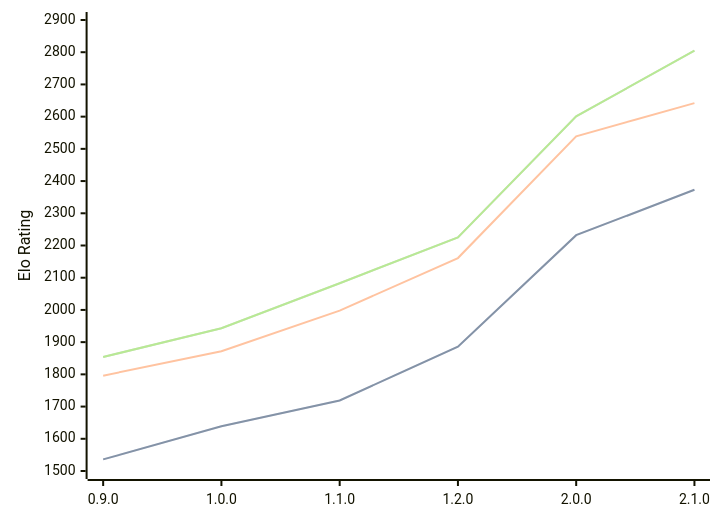
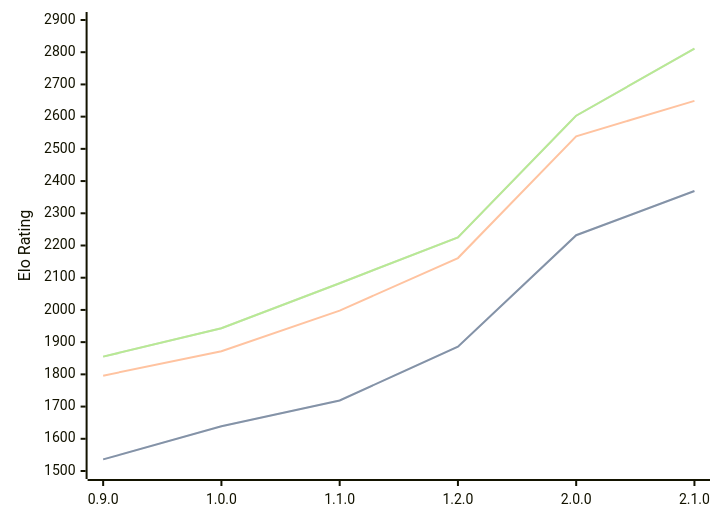
One commit to computer-chess-index/cci changed the diagram in engines/Ratsu.md. Above: the diagram before and after it, drawn with Mermaid. The commit also changed other lines of this file, not shown here.

Commit message:
Update CCI Ratings (ELO VLTC) - 2026-07-26

````diff
--- a/engines/Ratsu.md
+++ b/engines/Ratsu.md
@@ -36,11 +36,11 @@
 ```mermaid
 %%{init: {"theme":"base","themeVariables":{"seriesColors:['#a3a3a3','#222221','#faa371']}}}%%
 xychart-beta
   x-axis ["0.9.0", "1.0.0", "1.1.0", "1.2.0", "2.0.0", "2.1.0"]
   y-axis "Elo Rating" 1500 --> 2900
-  line "STC (8.0+0.08s)" [1536, 1639, 1719, 1886, 2232, 2373]
-  line "STC (8.0+0.08s)" [1536, 1639, 1719, 1886, 2232, 2373]
-  line "LTC (60.0+0.60s)" [1796, 1872, 1998, 2161, 2539, 2642]
-  line "VLTC (2m24s+1.12s)" [1854, 1943, 2083, 2225, 2601, 2805]
-  line "VLTC (2m24s+1.12s)" [1854, 1943, 2083, 2225, 2601, 2805]
+  line "STC (8.0+0.08s)" [1536, 1639, 1719, 1886, 2232, 2369]
+  line "STC (8.0+0.08s)" [1536, 1639, 1719, 1886, 2232, 2369]
+  line "LTC (60.0+0.60s)" [1796, 1872, 1998, 2161, 2539, 2649]
+  line "VLTC (2m24s+1.12s)" [1855, 1943, 2083, 2225, 2603, 2811]
+  line "VLTC (2m24s+1.12s)" [1855, 1943, 2083, 2225, 2603, 2811]
 ```
````
